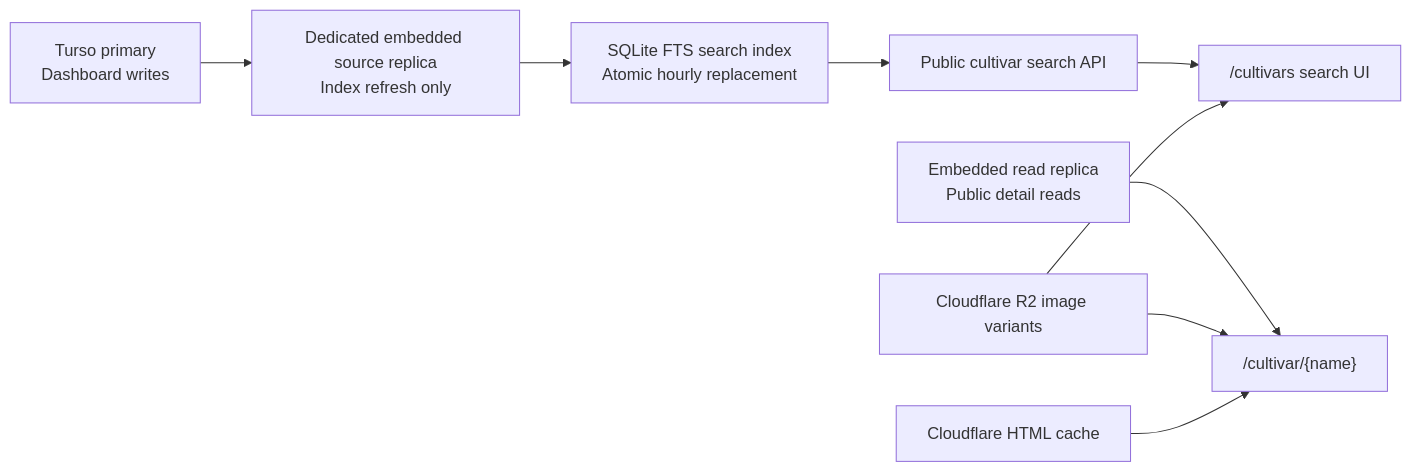
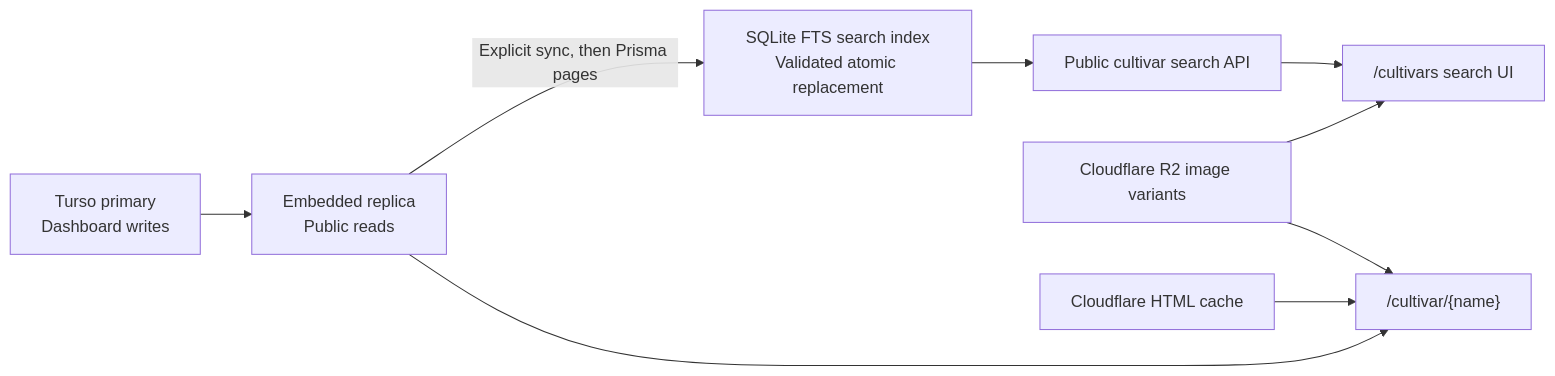
One commit to makoncline/new-daylily-catalog changed the diagram in apps/main/docs/public-cultivar-search-research.md. Above: the diagram before and after it, drawn with Mermaid. The commit also changed other lines of this file and 27 other files, not shown here.

Commit message:
Simplify search indexing to one replica

````diff
--- a/apps/main/docs/public-cultivar-search-research.md
+++ b/apps/main/docs/public-cultivar-search-research.md
@@ -253,11 +254,11 @@
 ```mermaid
 flowchart LR
-    P["Turso primary\nDashboard writes"] --> R["Dedicated embedded source replica\nIndex refresh only"]
-    R --> I["SQLite FTS search index\nAtomic hourly replacement"]
+    P["Turso primary\nDashboard writes"] --> R["Embedded replica\nPublic reads"]
+    R -->|"Explicit sync, then Prisma pages"| I["SQLite FTS search index\nValidated atomic replacement"]
     I --> A["Public cultivar search API"]
     A --> S["/cultivars search UI"]
-    D["Embedded read replica\nPublic detail reads"] --> C["/cultivar/{name}"]
+    R --> C["/cultivar/{name}"]
     O["Cloudflare R2 image variants"] --> S
     O --> C
     E["Cloudflare HTML cache"] --> C
 ```
````
